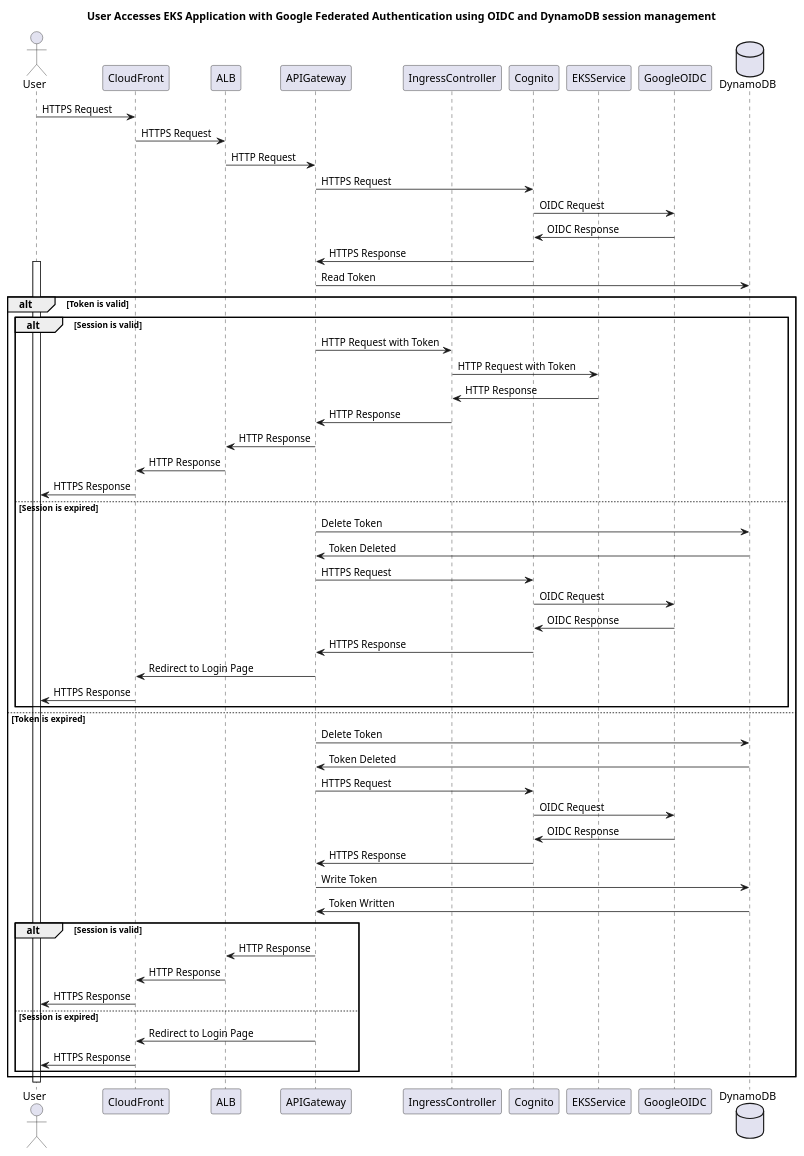
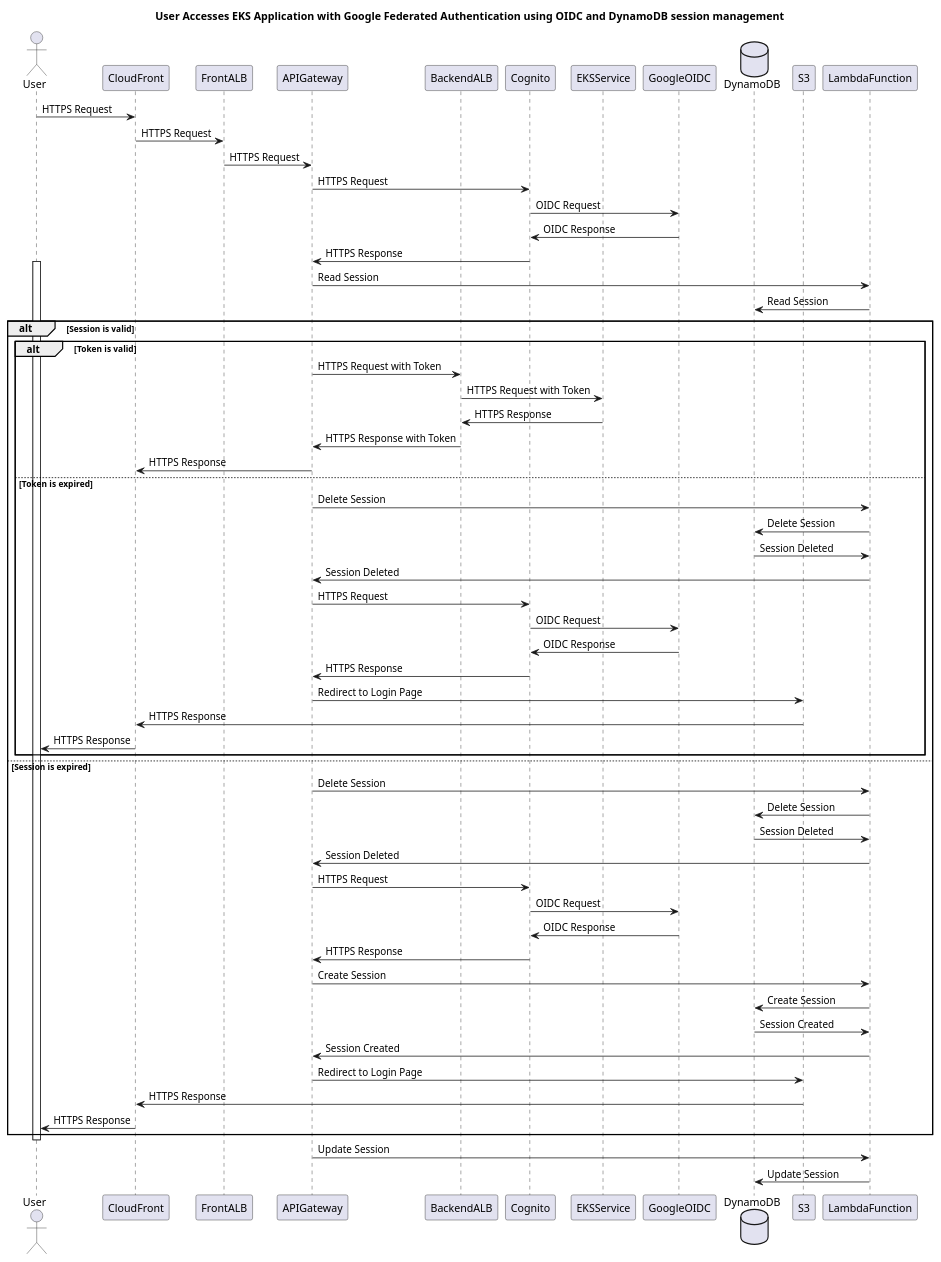
Before and after one commit to kujiraf/my-sample-web: the diagram in docs/design/auth/User_Access_EKS_App_with_Google_Federated_Auth.pu, drawn with PlantUML. The commit also changed 3 other files, not shown here.

```diff
--- a/docs/design/auth/User_Access_EKS_App_with_Google_Federated_Auth.pu
+++ b/docs/design/auth/User_Access_EKS_App_with_Google_Federated_Auth.pu
@@ -1,62 +1,68 @@
 @startuml
 title User Accesses EKS Application with Google Federated Authentication using OIDC and DynamoDB session management
 
 actor User
 participant CloudFront
-participant ALB
+participant FrontALB
 participant APIGateway
-participant IngressController
+participant BackendALB
 participant Cognito
 participant EKSService
 participant GoogleOIDC
 database DynamoDB
+participant S3
+participant LambdaFunction
 
 User->CloudFront: HTTPS Request
-CloudFront->ALB: HTTPS Request
-ALB->APIGateway: HTTP Request
+CloudFront->FrontALB: HTTPS Request
+FrontALB->APIGateway: HTTPS Request
 APIGateway->Cognito: HTTPS Request
 Cognito->GoogleOIDC: OIDC Request
 GoogleOIDC->Cognito: OIDC Response
 Cognito->APIGateway: HTTPS Response
 
 activate User
-APIGateway->DynamoDB: Read Token
+APIGateway->LambdaFunction: Read Session
+LambdaFunction->DynamoDB: Read Session
+alt Session is valid
     alt Token is valid
-        alt Session is valid
-            APIGateway->IngressController: HTTP Request with Token
-            IngressController->EKSService: HTTP Request with Token
-            EKSService->IngressController: HTTP Response
-            IngressController->APIGateway: HTTP Response
-            APIGateway->ALB: HTTP Response
-            ALB->CloudFront: HTTP Response
-            CloudFront->User: HTTPS Response
-        else Session is expired
-            APIGateway->DynamoDB: Delete Token
-            DynamoDB->APIGateway: Token Deleted
-            APIGateway->Cognito: HTTPS Request
-            Cognito->GoogleOIDC: OIDC Request
-            GoogleOIDC->Cognito: OIDC Response
-            Cognito->APIGateway: HTTPS Response
-            APIGateway->CloudFront: Redirect to Login Page
-            CloudFront->User: HTTPS Response
-        end
+        APIGateway->BackendALB: HTTPS Request with Token
+        BackendALB->EKSService: HTTPS Request with Token
+        EKSService->BackendALB: HTTPS Response
+        BackendALB->APIGateway: HTTPS Response with Token
+        APIGateway->CloudFront: HTTPS Response
     else Token is expired
-        APIGateway->DynamoDB: Delete Token
-        DynamoDB->APIGateway: Token Deleted
+        APIGateway->LambdaFunction: Delete Session
+        LambdaFunction->DynamoDB: Delete Session
+        DynamoDB->LambdaFunction: Session Deleted
+        LambdaFunction->APIGateway: Session Deleted
         APIGateway->Cognito: HTTPS Request
         Cognito->GoogleOIDC: OIDC Request
         GoogleOIDC->Cognito: OIDC Response
         Cognito->APIGateway: HTTPS Response
-        APIGateway->DynamoDB: Write Token
-        DynamoDB->APIGateway: Token Written
-        alt Session is valid
-            APIGateway->ALB: HTTP Response
-            ALB->CloudFront: HTTP Response
-            CloudFront->User: HTTPS Response
-        else Session is expired
-            APIGateway->CloudFront: Redirect to Login Page
-            CloudFront->User: HTTPS Response
-        end
+        APIGateway->S3: Redirect to Login Page
+        S3->CloudFront: HTTPS Response
+        CloudFront->User: HTTPS Response
     end
+else Session is expired
+    APIGateway->LambdaFunction: Delete Session
+    LambdaFunction->DynamoDB: Delete Session
+    DynamoDB->LambdaFunction: Session Deleted
+    LambdaFunction->APIGateway: Session Deleted
+    APIGateway->Cognito: HTTPS Request
+    Cognito->GoogleOIDC: OIDC Request
+    GoogleOIDC->Cognito: OIDC Response
+    Cognito->APIGateway: HTTPS Response
+    APIGateway->LambdaFunction: Create Session
+    LambdaFunction->DynamoDB: Create Session
+    DynamoDB->LambdaFunction: Session Created
+    LambdaFunction->APIGateway: Session Created
+    APIGateway->S3: Redirect to Login Page
+    S3->CloudFront: HTTPS Response
+    CloudFront->User: HTTPS Response
+end
 deactivate User
+
+APIGateway->LambdaFunction: Update Session
+LambdaFunction->DynamoDB: Update Session
 @enduml
```
